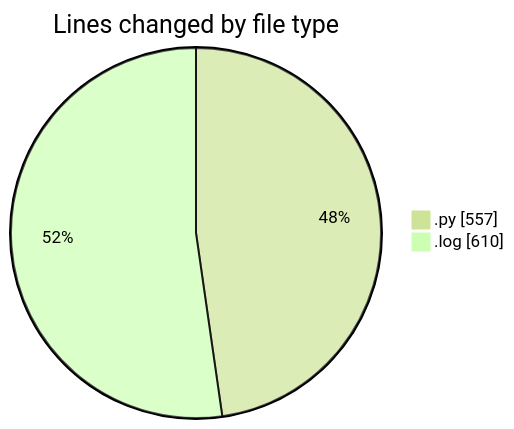
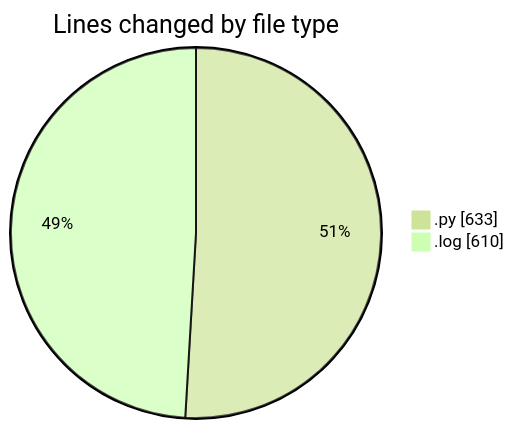
The first of 2 diagrams in 2025-05-07/samplepdf/README.md (momahboobian/code-tracking), drawn with Mermaid (forest theme) before and after one commit. The commit also changed other lines of this file and 1 other file, not shown here.

````diff
--- a/2025-05-07/samplepdf/README.md
+++ b/2025-05-07/samplepdf/README.md
@@ -27,6 +28,6 @@
 ```mermaid
 pie showData
 title Lines changed by file type
-".py" : 557
+".py" : 633
 ".log" : 610
 ```
````
